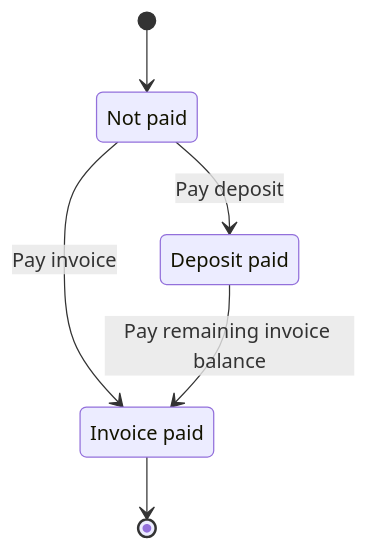
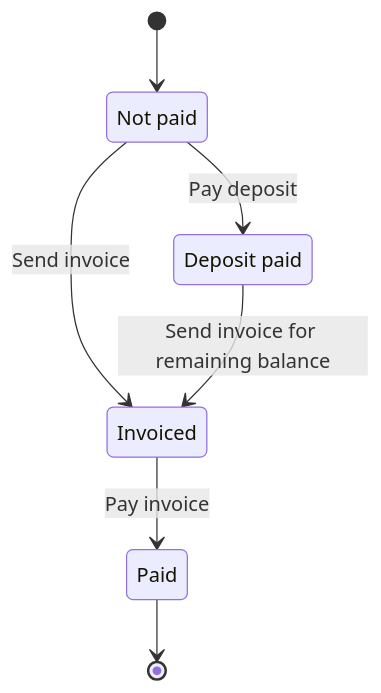
Before and after one commit to vikri8772/assignment4: the diagram in docs/plans/payment_statemachine.md, drawn with Mermaid.

````diff
--- a/docs/plans/payment_statemachine.md
+++ b/docs/plans/payment_statemachine.md
@@ -2,12 +2,12 @@
 ```mermaid
 stateDiagram-v2
     state "Not paid" as NotPaid
     state "Deposit paid" as DepositPaid
-    state "Invoice paid" as InvoicePaid
 
     [*] --> NotPaid
     NotPaid --> DepositPaid: Pay deposit
-    NotPaid --> InvoicePaid: Pay invoice
-    DepositPaid --> InvoicePaid: Pay remaining invoice balance
-    InvoicePaid --> [*]
+    NotPaid --> Invoiced: Send invoice
+    DepositPaid --> Invoiced: Send invoice for remaining balance
+    Invoiced --> Paid: Pay invoice
+    Paid --> [*]
 ```
````
